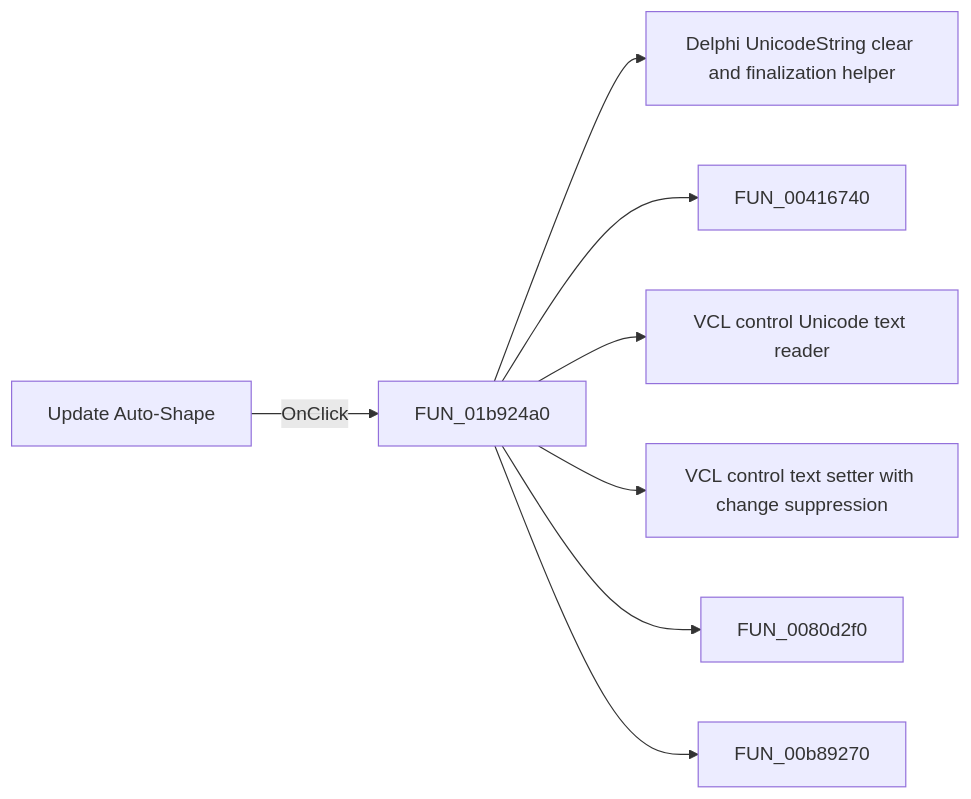
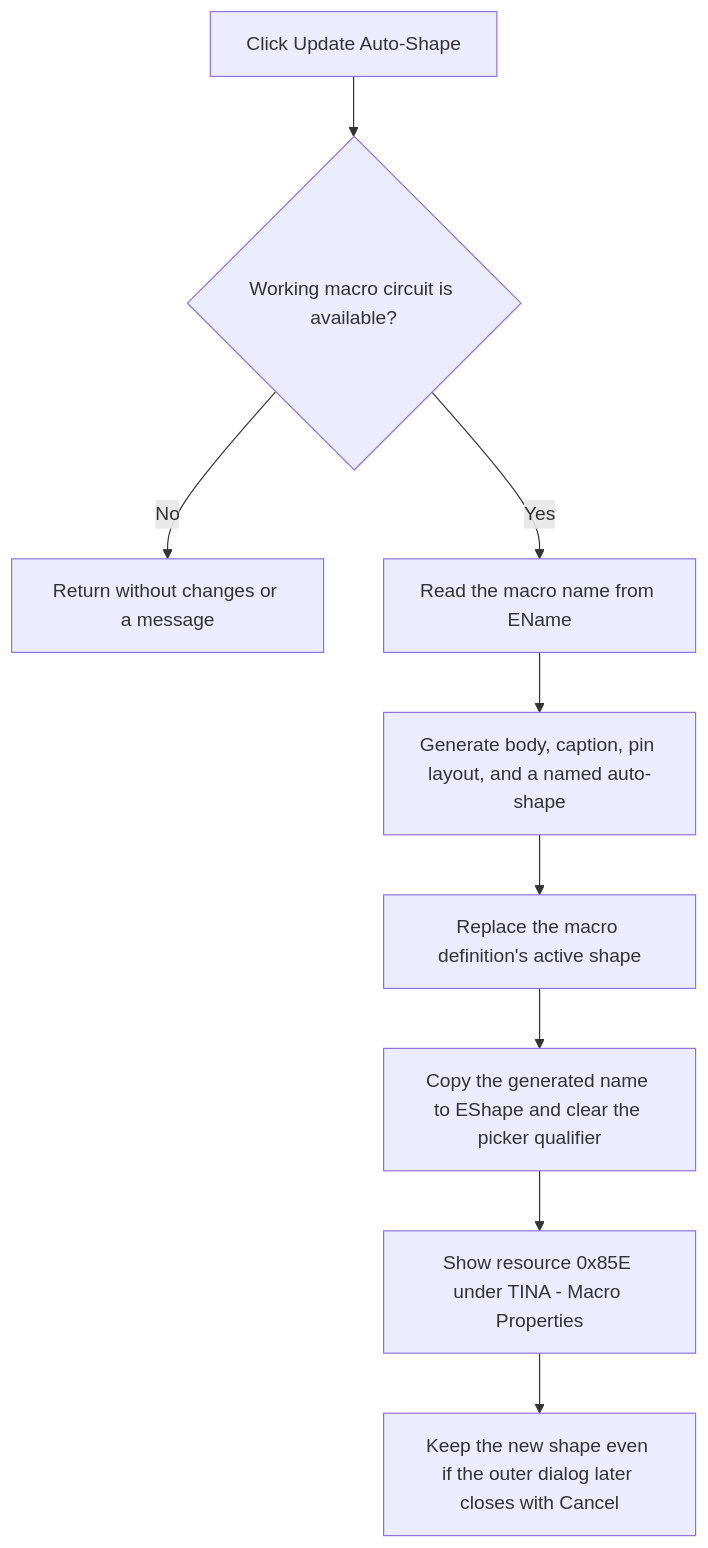
Before and after one commit to MovGP0/TIARA: the diagram in docs/ui-controls/macropropertiesform/btnupdateshape-a330692cd2.md, drawn with Mermaid. The commit also changed other lines of this file and 1062 other files, not shown here.

````diff
--- a/docs/ui-controls/macropropertiesform/btnupdateshape-a330692cd2.md
+++ b/docs/ui-controls/macropropertiesform/btnupdateshape-a330692cd2.md
@@ -27,10 +55,11 @@
 ```mermaid
-flowchart LR
-    control["Update Auto-Shape"] -->|OnClick| handler["FUN_01b924a0"]
-    handler --> call1["Delphi UnicodeString clear and finalization helper"]
-    handler --> call2["FUN_00416740"]
-    handler --> call3["VCL control Unicode text reader"]
-    handler --> call4["VCL control text setter with change suppression"]
-    handler --> call5["FUN_0080d2f0"]
-    handler --> call6["FUN_00b89270"]
+flowchart TD
+    control["Click Update Auto-Shape"] --> available{"Working macro circuit is available?"}
+    available -->|No| noAction["Return without changes or a message"]
+    available -->|Yes| name["Read the macro name from EName"]
+    name --> generate["Generate body, caption, pin layout, and a named auto-shape"]
+    generate --> assign["Replace the macro definition's active shape"]
+    assign --> edit["Copy the generated name to EShape and clear the picker qualifier"]
+    edit --> message["Show resource 0x85E under TINA - Macro Properties"]
+    message --> outer["Keep the new shape even if the outer dialog later closes with Cancel"]
 ```
````
